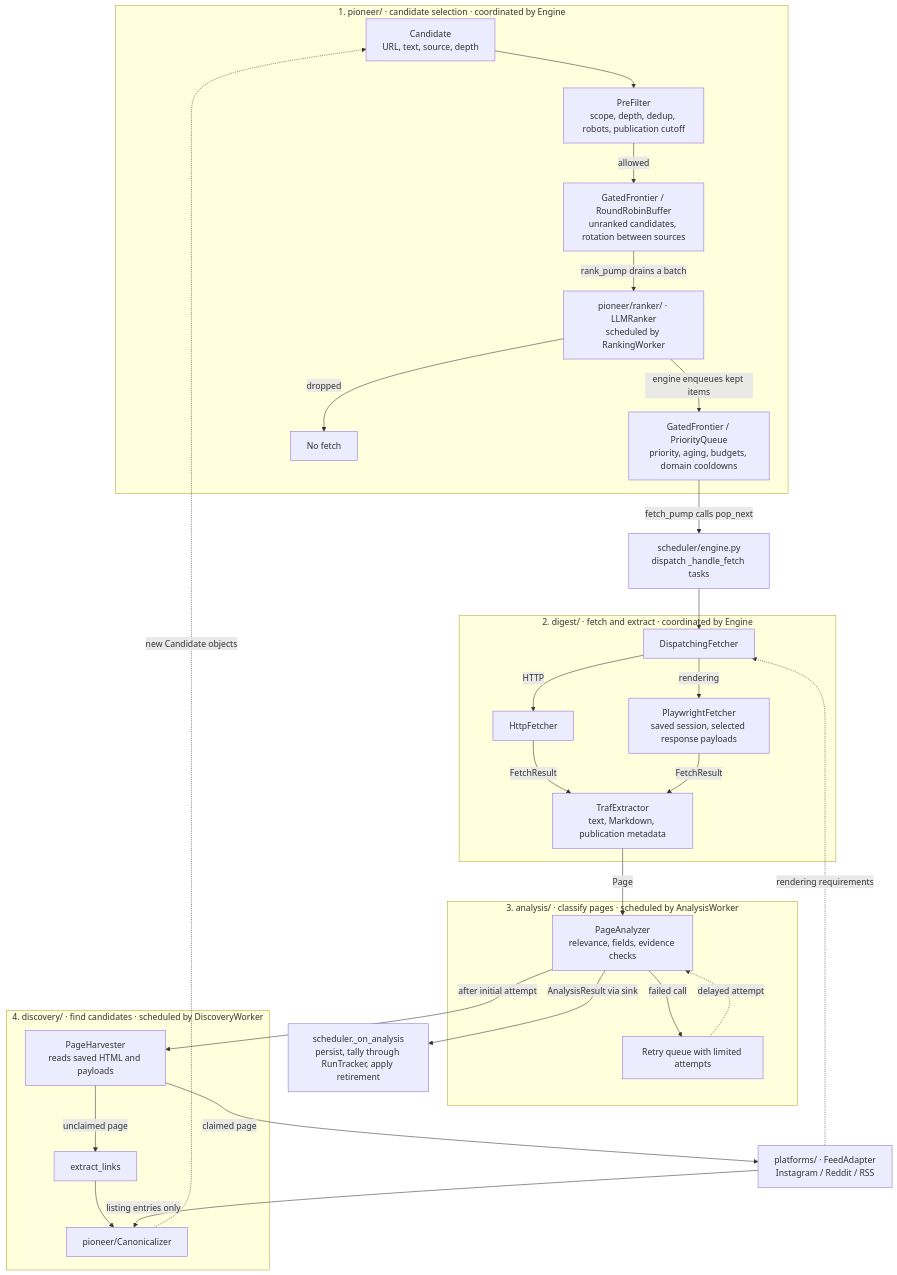
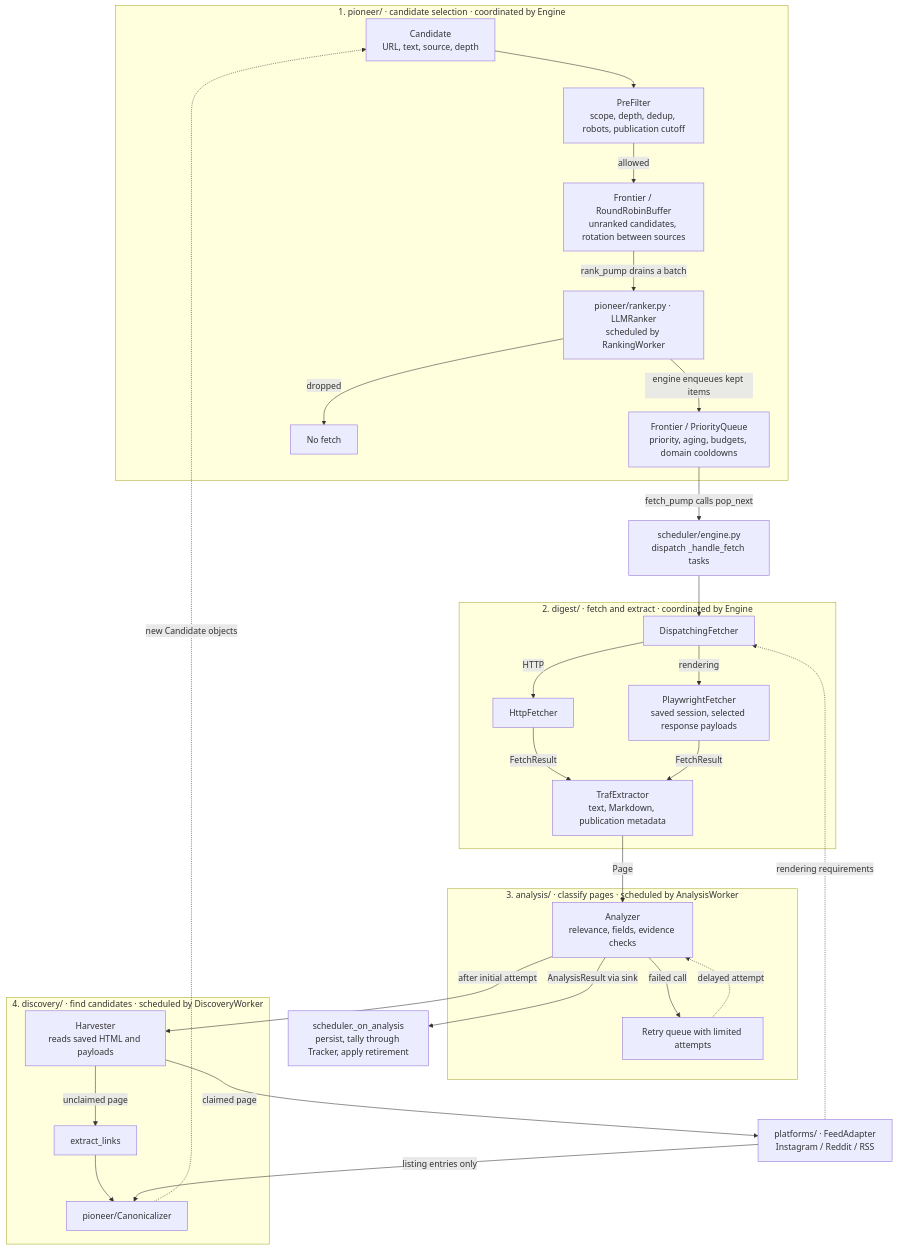
Before and after one commit to shixuan/crawl-me-maybe: the first of 3 diagrams in docs/arch.md, drawn with Mermaid. The commit also changed other lines of this file and 95 other files, not shown here.

````diff
--- a/docs/arch.md
+++ b/docs/arch.md
@@ -10,41 +10,41 @@
 ```mermaid
 flowchart TB
     subgraph pioneer["1. pioneer/ · candidate selection · coordinated by Engine"]
         candidates["Candidate<br>URL, text, source, depth"] --> filter["PreFilter<br>scope, depth, dedup, robots, publication cutoff"]
-        filter -->|allowed| buffer["GatedFrontier / RoundRobinBuffer<br>unranked candidates, rotation between sources"]
-        buffer -->|rank_pump drains a batch| ranker["pioneer/ranker/ · LLMRanker<br>scheduled by RankingWorker"]
-        ranker -->|engine enqueues kept items| queue["GatedFrontier / PriorityQueue<br>priority, aging, budgets, domain cooldowns"]
+        filter -->|allowed| buffer["Frontier / RoundRobinBuffer<br>unranked candidates, rotation between sources"]
+        buffer -->|rank_pump drains a batch| ranker["pioneer/ranker.py · LLMRanker<br>scheduled by RankingWorker"]
+        ranker -->|engine enqueues kept items| queue["Frontier / PriorityQueue<br>priority, aging, budgets, domain cooldowns"]
         ranker -->|dropped| dropped["No fetch"]
     end
 
     queue -->|fetch_pump calls pop_next| dispatch["scheduler/engine.py<br>dispatch _handle_fetch tasks"]
 
     subgraph digest["2. digest/ · fetch and extract · coordinated by Engine"]
         fetcher[DispatchingFetcher] -->|HTTP| http[HttpFetcher]
         fetcher -->|rendering| browser["PlaywrightFetcher<br>saved session, selected response payloads"]
         http -->|FetchResult| extractor["TrafExtractor<br>text, Markdown, publication metadata"]
         browser -->|FetchResult| extractor
     end
     dispatch --> fetcher
 
     subgraph analysis["3. analysis/ · classify pages · scheduled by AnalysisWorker"]
-        analyzer["PageAnalyzer<br>relevance, fields, evidence checks"]
+        analyzer["Analyzer<br>relevance, fields, evidence checks"]
         analyzer -->|failed call| retry["Retry queue with limited attempts"]
         retry -. delayed attempt .-> analyzer
     end
     extractor -->|Page| analyzer
-    analyzer -->|AnalysisResult via sink| sink["scheduler._on_analysis<br>persist, tally through RunTracker, apply retirement"]
+    analyzer -->|AnalysisResult via sink| sink["scheduler._on_analysis<br>persist, tally through Tracker, apply retirement"]
 
     subgraph discovery["4. discovery/ · find candidates · scheduled by DiscoveryWorker"]
-        harvest["PageHarvester<br>reads saved HTML and payloads"]
+        harvest["Harvester<br>reads saved HTML and payloads"]
         harvest -->|unclaimed page| links[extract_links]
         canonical["pioneer/Canonicalizer"]
         links --> canonical
     end
     adapters["platforms/ · FeedAdapter<br>Instagram / Reddit / RSS"]
     harvest -->|claimed page| adapters
     adapters -->|listing entries only| canonical
     adapters -. rendering requirements .-> fetcher
     analyzer -->|after initial attempt| harvest
     canonical -. new Candidate objects .-> candidates
 ```
````
